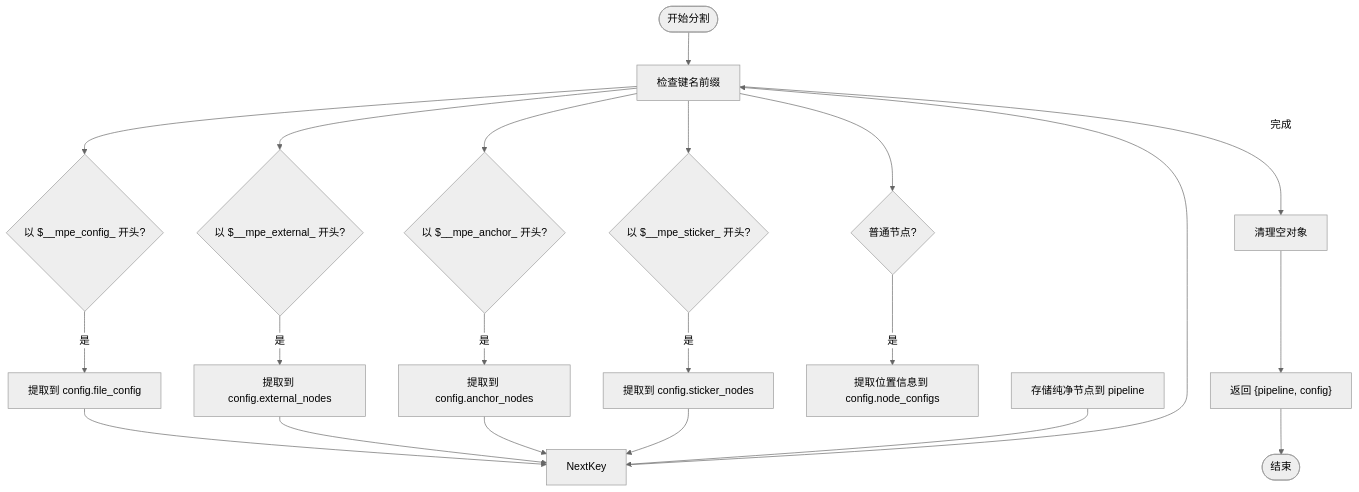
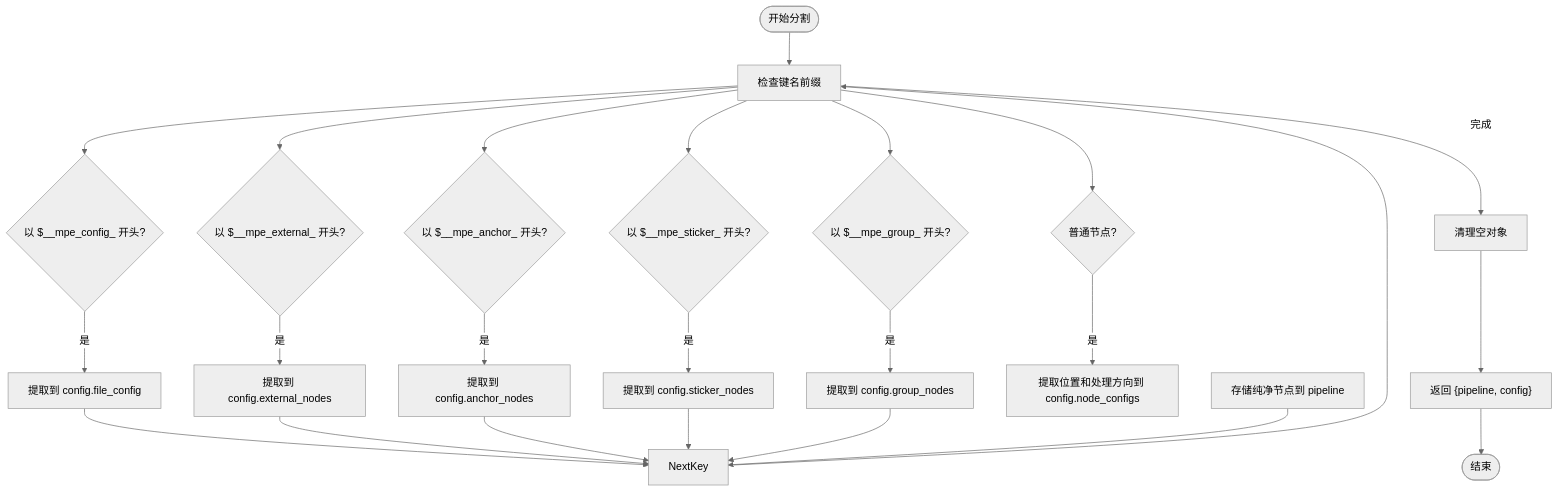
Before and after one commit to kqcoxn/MaaPipelineEditor: the second of 5 diagrams in .qoder/repowiki/zh/content/特性/解析器/配置分割与合并.md, drawn with Mermaid (neutral theme). The commit also changed other lines of this file and 14 other files, not shown here.

````diff
--- a/.qoder/repowiki/zh/content/特性/解析器/配置分割与合并.md
+++ b/.qoder/repowiki/zh/content/特性/解析器/配置分割与合并.md
@@ -132,23 +138,26 @@
 ```mermaid
 flowchart TD
 Start([开始分割]) --> CheckKey["检查键名前缀"]
 CheckKey --> IsConfig{"以 $__mpe_config_ 开头?"}
 IsConfig --> |是| ExtractFileConfig["提取到 config.file_config"]
 CheckKey --> IsExternal{"以 $__mpe_external_ 开头?"}
 IsExternal --> |是| ExtractExternal["提取到 config.external_nodes"]
 CheckKey --> IsAnchor{"以 $__mpe_anchor_ 开头?"}
 IsAnchor --> |是| ExtractAnchor["提取到 config.anchor_nodes"]
 CheckKey --> IsSticker{"以 $__mpe_sticker_ 开头?"}
 IsSticker --> |是| ExtractSticker["提取到 config.sticker_nodes"]
+CheckKey --> IsGroup{"以 $__mpe_group_ 开头?"}
+IsGroup --> |是| ExtractGroup["提取到 config.group_nodes"]
 CheckKey --> IsNormal{"普通节点?"}
-IsNormal --> |是| ExtractPosition["提取位置信息到 config.node_configs"]
+IsNormal --> |是| ExtractPosition["提取位置和处理方向到 config.node_configs"]
 ExtractFileConfig --> NextKey
 ExtractExternal --> NextKey
 ExtractAnchor --> NextKey
 ExtractSticker --> NextKey
+ExtractGroup --> NextKey
 StorePureNode["存储纯净节点到 pipeline"] --> NextKey
 NextKey --> CheckKey
 CheckKey --> |完成| Cleanup["清理空对象"]
 Cleanup --> ReturnResult["返回 {pipeline, config}"]
 ReturnResult --> End([结束])
 ```
````
